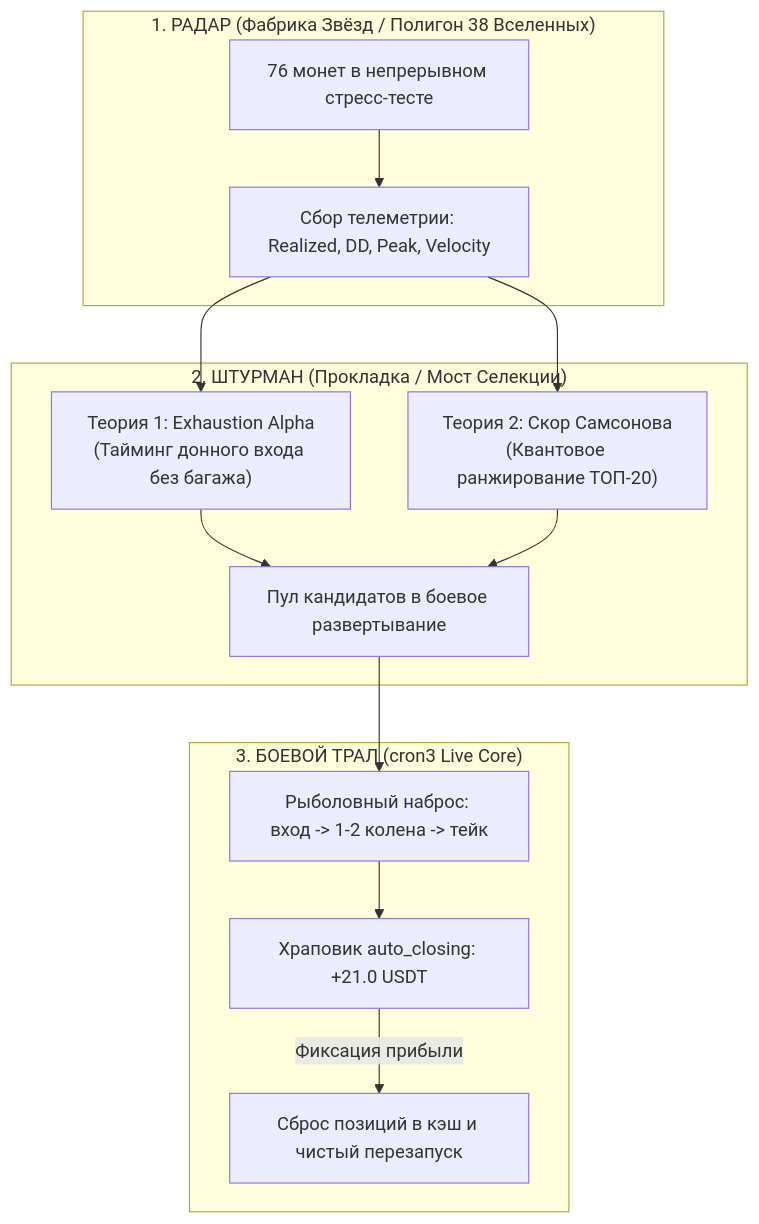
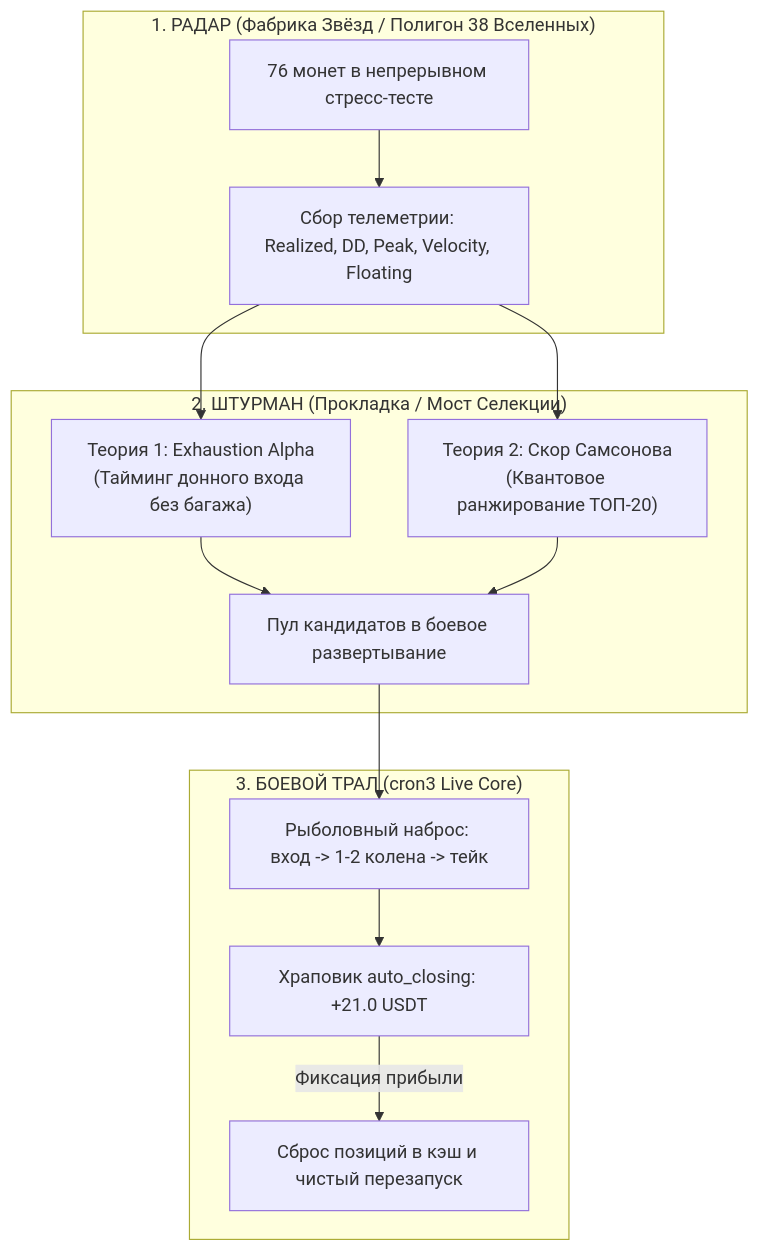
The first of 2 diagrams in COIN_SELECTION_THEORIES.md (hotelUpz77745/cron3), drawn with Mermaid before and after one commit. The commit also changed other lines of this file, not shown here.

````diff
--- a/COIN_SELECTION_THEORIES.md
+++ b/COIN_SELECTION_THEORIES.md
@@ -15,18 +15,18 @@
 ```mermaid
 graph TD
     subgraph "1. РАДАР (Фабрика Звёзд / Полигон 38 Вселенных)"
-        P["76 монет в непрерывном стресс-тесте"] --> L["Сбор телеметрии: Realized, DD, Peak, Velocity"]
+        P["76 монет в непрерывном стресс-тесте"] --> L["Сбор телеметрии: Realized, DD, Peak, Velocity, Floating"]
     end
 
     subgraph "2. ШТУРМАН (Прокладка / Мост Селекции)"
         L --> T1["Теория 1: Exhaustion Alpha<br/>(Тайминг донного входа без багажа)"]
         L --> T2["Теория 2: Скор Самсонова<br/>(Квантовое ранжирование ТОП-20)"]
         T1 & T2 --> F["Пул кандидатов в боевое развертывание"]
     end
 
     subgraph "3. БОЕВОЙ ТРАЛ (cron3 Live Core)"
         F --> B["Рыболовный наброс: вход -> 1-2 колена -> тейк"]
         B --> R["Храповик auto_closing: +21.0 USDT"]
         R -->|"Фиксация прибыли"| S["Сброс позиций в кэш и чистый перезапуск"]
     end
 ```
````
